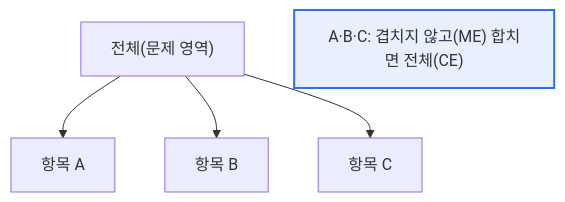
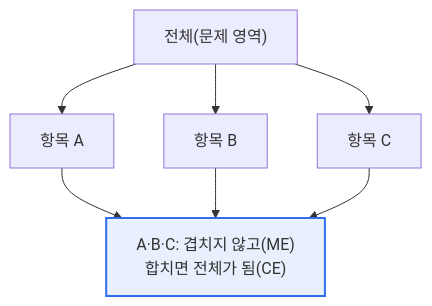
Before and after one commit to coninggu/wjdqhrhksflrltnftk: the first of 2 diagrams in content/mece.md, drawn with Mermaid. The commit also changed other lines of this file and 3 other files, not shown here.

````diff
--- a/content/mece.md
+++ b/content/mece.md
@@ -18,8 +28,10 @@
 ```mermaid
 flowchart TB
-  W["전체(문제 영역)"] --> A[항목 A]
-  W --> B[항목 B]
-  W --> C[항목 C]
-  note["A·B·C: 겹치지 않고(ME) 합치면 전체(CE)"]
-  style note fill:#e8f0fe,stroke:#2f6fed,stroke-width:2px
+  W["전체(문제 영역)"] --> A["항목 A"]
+  W --> B["항목 B"]
+  W --> C["항목 C"]
+  A --> R["A·B·C: 겹치지 않고(ME)<br/>합치면 전체가 됨(CE)"]
+  B --> R
+  C --> R
+  style R fill:#e8f0fe,stroke:#2f6fed,stroke-width:2px
 ```
````
